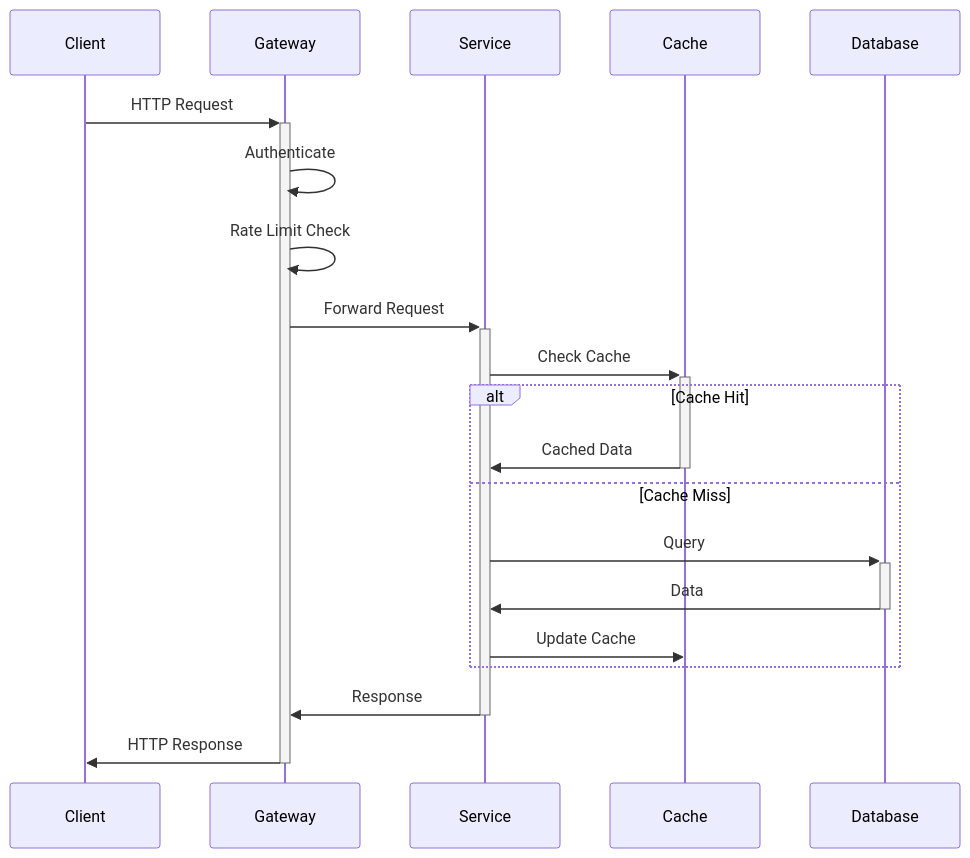
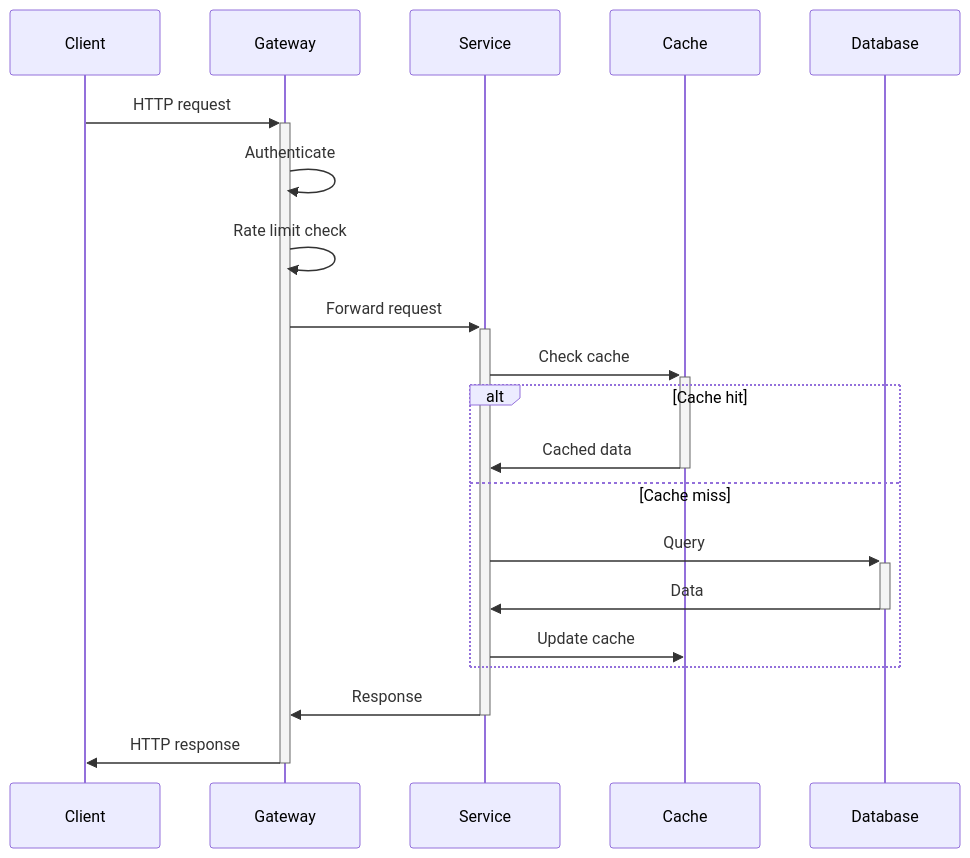
The sixth of 19 diagrams in mastery-of-mermaid/references/common-patterns.md (flatrick/agent-skills), drawn with Mermaid before and after one commit. The commit also changed other lines of this file and 10 other files, not shown here.

````diff
--- a/mastery-of-mermaid/references/common-patterns.md
+++ b/mastery-of-mermaid/references/common-patterns.md
@@ -136,26 +170,26 @@
 ```mermaid
 sequenceDiagram
     participant Client
     participant Gateway
     participant Service
     participant Cache
     participant Database
 
-    Client->>+Gateway: HTTP Request
+    Client->>+Gateway: HTTP request
     Gateway->>Gateway: Authenticate
-    Gateway->>Gateway: Rate Limit Check
+    Gateway->>Gateway: Rate limit check
 
-    Gateway->>+Service: Forward Request
-    Service->>+Cache: Check Cache
+    Gateway->>+Service: Forward request
+    Service->>+Cache: Check cache
 
-    alt Cache Hit
-        Cache->>-Service: Cached Data
-    else Cache Miss
+    alt Cache hit
+        Cache->>-Service: Cached data
+    else Cache miss
         Service->>+Database: Query
         Database->>-Service: Data
-        Service->>Cache: Update Cache
+        Service->>Cache: Update cache
     end
 
     Service->>-Gateway: Response
-    Gateway->>-Client: HTTP Response
+    Gateway->>-Client: HTTP response
 ```
````
